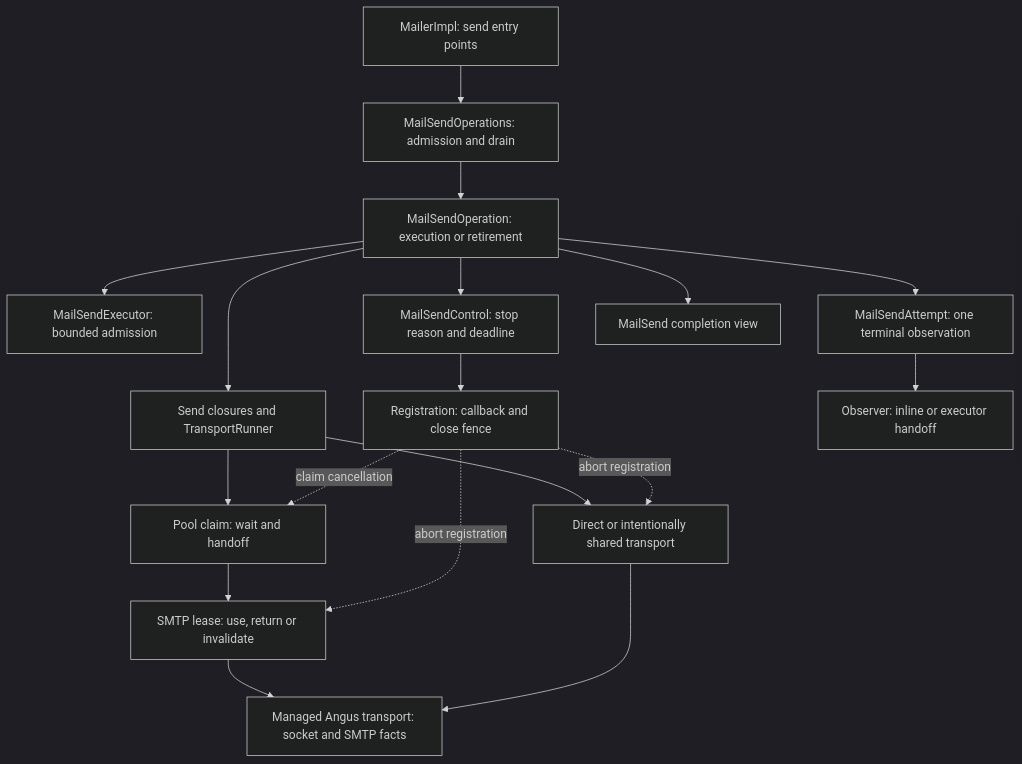
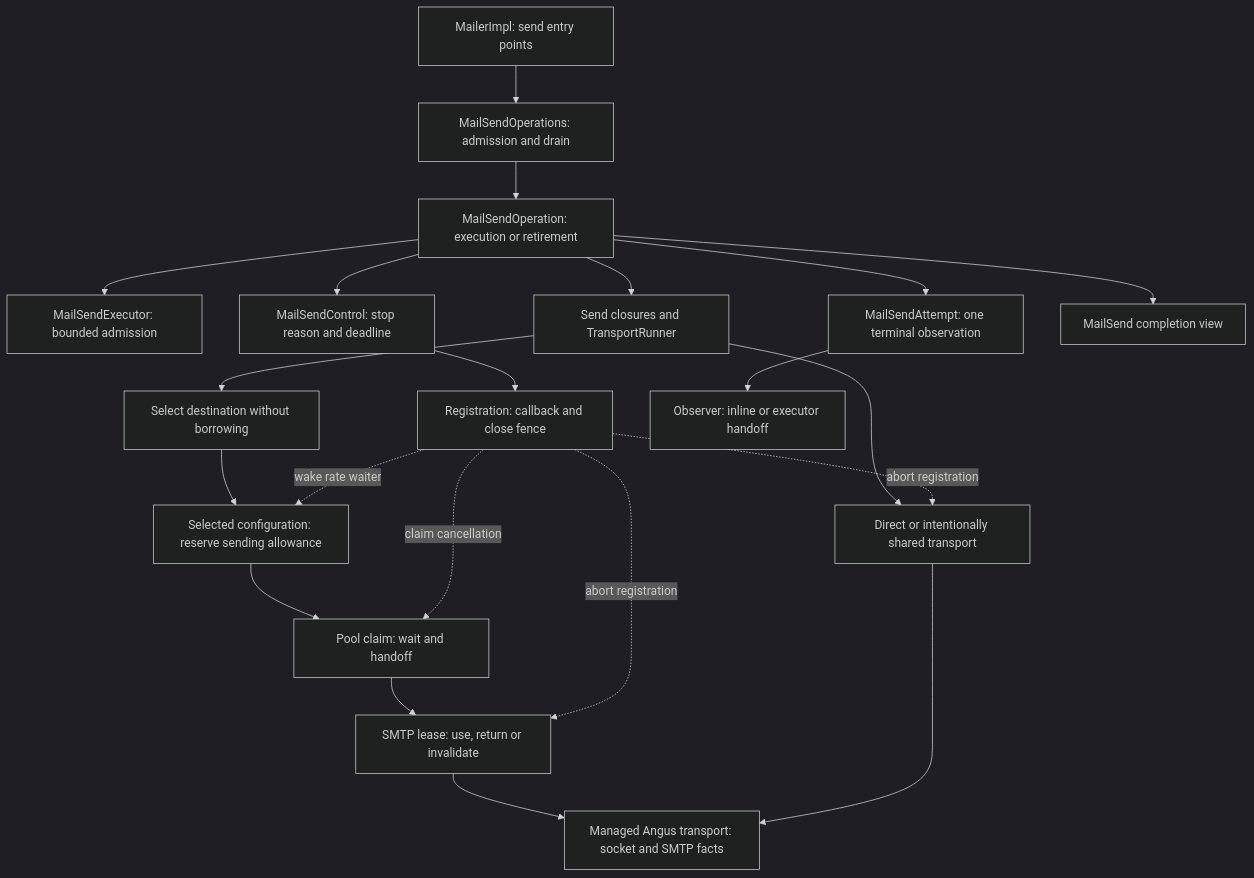
One commit to bbottema/simple-java-mail changed the diagram in docs/concurrency/README.md. Above: the diagram before and after it, drawn with Mermaid (dark theme). The commit also changed other lines of this file and 10 other files, not shown here.

````diff
--- a/docs/concurrency/README.md
+++ b/docs/concurrency/README.md
@@ -42,20 +43,23 @@
 ```mermaid
 flowchart TD
     API["MailerImpl: send entry points"] --> Owner["MailSendOperations: admission and drain"]
     Owner --> Operation["MailSendOperation: execution or retirement"]
     Operation --> Executor["MailSendExecutor: bounded admission"]
     Operation --> Control["MailSendControl: stop reason and deadline"]
     Control --> Registration["Registration: callback and close fence"]
     Operation --> Send["Send closures and TransportRunner"]
-    Send --> Claim["Pool claim: wait and handoff"]
+    Send --> Selection["Select destination without borrowing"]
+    Selection --> Allowance["Selected configuration: reserve sending allowance"]
+    Allowance --> Claim["Pool claim: wait and handoff"]
+    Registration -. "wake rate waiter" .-> Allowance
     Claim --> Lease["SMTP lease: use, return or invalidate"]
     Send --> Direct["Direct or intentionally shared transport"]
     Registration -. "claim cancellation" .-> Claim
     Registration -. "abort registration" .-> Lease
     Registration -. "abort registration" .-> Direct
     Lease --> Angus["Managed Angus transport: socket and SMTP facts"]
     Direct --> Angus
     Operation --> Attempt["MailSendAttempt: one terminal observation"]
     Attempt --> Observer["Observer: inline or executor handoff"]
     Operation --> Completion["MailSend completion view"]
 ```
````
